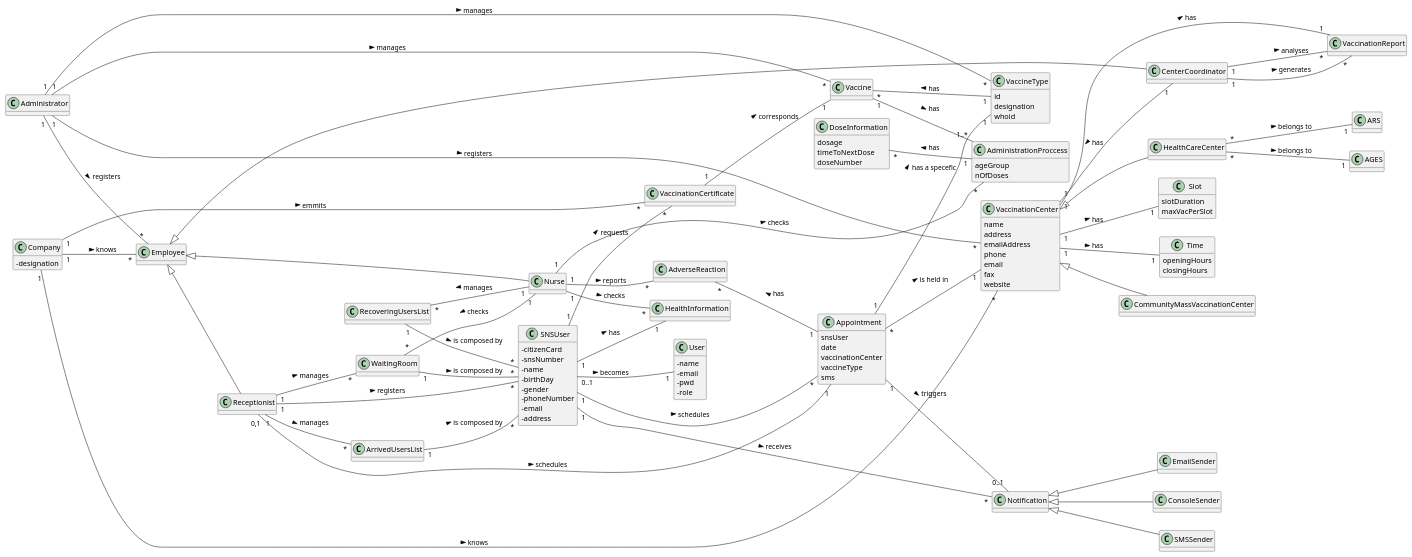
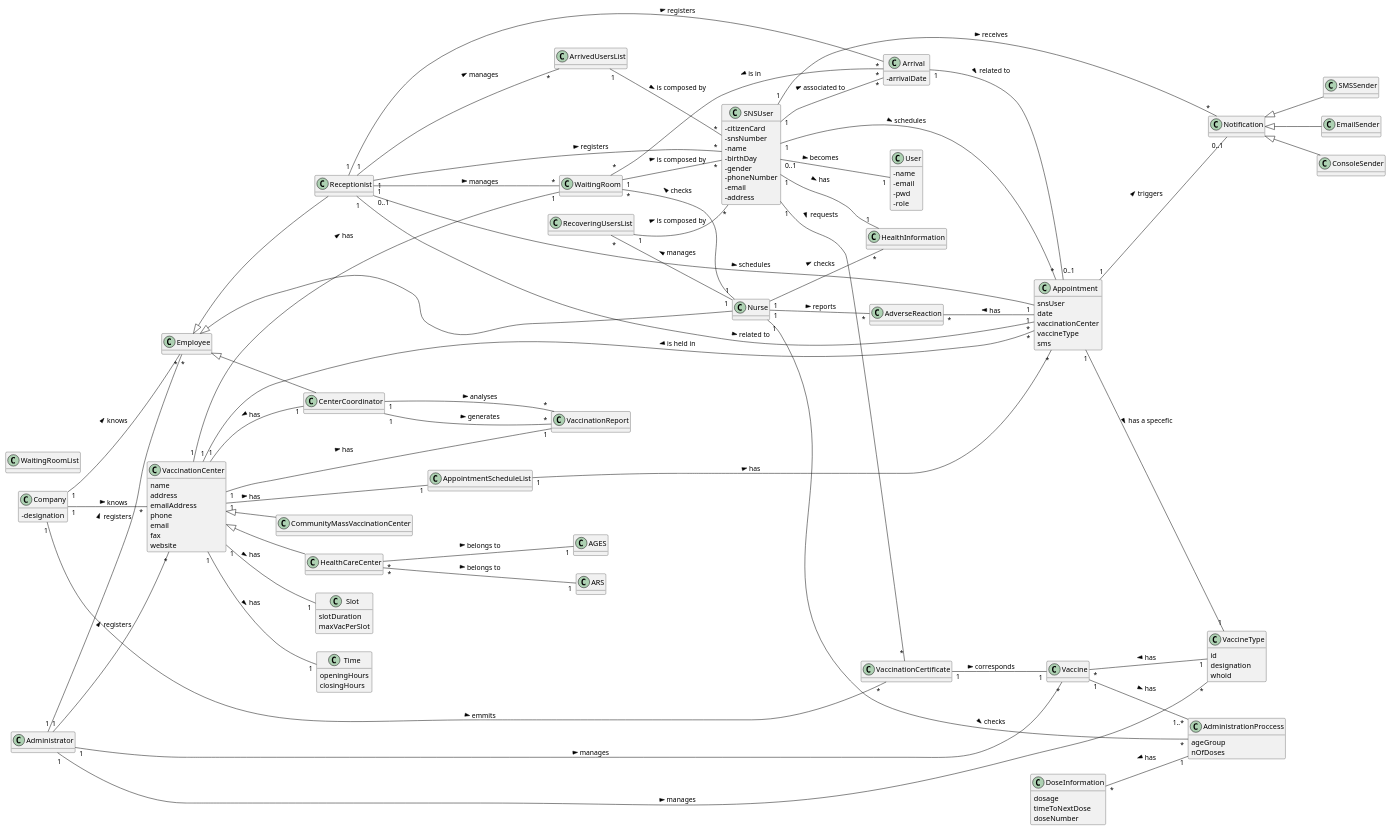
Before and after one commit to miseEnPlace-i/lapr2: the diagram in docs/SprintC/DM.puml, drawn with PlantUML. The commit also changed 1 other file, not shown here.

```diff
--- a/docs/SprintC/DM.puml
+++ b/docs/SprintC/DM.puml
@@ -1,168 +1,188 @@
 @startuml DM
 
 hide methods
 left to right direction
 skinparam classAttributeIconSize 0
 
 class Company {
   - designation
 }
 
 class CommunityMassVaccinationCenter {}
 
 class HealthCareCenter {}
 
 class VaccinationCenter {
   name
   address
   emailAddress
   phone
   email
   fax
   website
 }
 
 class Vaccine {}
 
 class VaccineType {
   id
   designation
   whoid
 }
 
 class SNSUser {
   - citizenCard
   - snsNumber
   - name
   - birthDay
   - gender
   - phoneNumber
   - email
   - address
 }
 
 class User {
   - name
   - email
   - pwd
   - role
 }
 
 class HealthInformation {}
 
 class Administrator {}
 
 class Employee {}
 
 class Nurse {}
 
 class Receptionist {}
 
 class CenterCoordinator {}
 
 class Appointment {
   snsUser
   date
   vaccinationCenter
   vaccineType
   sms
 }
 
 class AdministrationProccess {
   ageGroup
   nOfDoses
 }
 
 class AGES {}
 
 class ARS {}
 
 class DoseInformation {
   dosage
   timeToNextDose
   doseNumber
 }
 
 class Slot {
   slotDuration
   maxVacPerSlot
 }
 
 class Time {
   openingHours
   closingHours
 }
 
 class Notification {}
 
+class Arrival {
+  - arrivalDate
+}
+
+class AppointmentScheduleList {}
+
+class WaitingRoomList {}
+
+
+Arrival "1" -- "0..1" Appointment : related to >
+Arrival "*" -- "*" WaitingRoom : is in >
+
+AppointmentScheduleList "1" -- "*" Appointment : has >
+
 DoseInformation "*" -- "1" AdministrationProccess : has <
 
 Vaccine "*" -- "1" VaccineType : has <
 
 Employee <|-- Nurse
 Employee <|-- Receptionist
 Employee <|-- CenterCoordinator
 
 VaccinationCenter <|-- CommunityMassVaccinationCenter
 VaccinationCenter <|-- HealthCareCenter
 
 VaccinationCenter "1" -- "1" CenterCoordinator : has < 
 VaccinationCenter "1" -- "1" Slot : has >
 VaccinationCenter "1" -- "1" Time : has >
 
 HealthCareCenter "*" -- "1" AGES : belongs to > 
 HealthCareCenter "*" -- "1" ARS : belongs to > 
 
 Appointment "*" -- "1" VaccinationCenter : is held in >
 Appointment "1" -- "1" VaccineType : has a specefic >
 Appointment "1" -- "0..1" Notification : triggers >
 
 Receptionist "1" -- "*" WaitingRoom : manages >
 Receptionist "1" -- "*" ArrivedUsersList : manages >
 Receptionist "1" -- "*" SNSUser : registers >
 
 WaitingRoom "1" -- "*" SNSUser : is composed by >
 ArrivedUsersList "1" -- "*" SNSUser : is composed by > 
 RecoveringUsersList "1" -- "*" SNSUser : is composed by >
 
 WaitingRoom "*" -- "1" Nurse : checks <
 RecoveringUsersList "*" -- "1" Nurse : manages <
 
 Administrator "1" -- "*" Employee : registers >
 Administrator "1" -- "*" VaccinationCenter : registers >
 Administrator "1" -- "*" VaccineType : manages >
 Administrator "1" -- "*" Vaccine : manages > 
 
 Vaccine "1" -- "1..*" AdministrationProccess : has >
 
 SNSUser "1" -- "*" Appointment : schedules >
+SNSUser "1" -- "*" Arrival : associated to >
 SNSUser "1" -- "1" HealthInformation : has >
 SNSUser "1" -- "*" Notification : receives >
 SNSUser "1" -- "*" VaccinationCertificate : requests >
 SNSUser "0..1" -- "1" User : becomes >
 
 
 VaccinationCertificate "1" -- "1" Vaccine : corresponds >
 
 Company "1" -- "*" VaccinationCertificate : emmits >
 Company "1" -- "*" Employee : knows >
 Company "1" -- "*" VaccinationCenter : knows >
 
-Receptionist "0,1" -- "1" Appointment : schedules >
+Receptionist "0..1" -- "1" Appointment : schedules >
+Receptionist "1" -- "*" Appointment : related to >
+Receptionist "1" -- "*" Arrival : registers >
 
 Nurse "1" -- "*" AdverseReaction : reports >
 Nurse "1" -- "*" HealthInformation : checks >
 
 VaccinationCenter "1" -- "1" VaccinationReport : has >
+VaccinationCenter "1" -- "1" WaitingRoom : has >
+VaccinationCenter "1" -- "1" AppointmentScheduleList : has >
+
 CenterCoordinator "1" -- "*" VaccinationReport : analyses >
 CenterCoordinator "1" -- "*" VaccinationReport : generates >
 
 Nurse "1" -- "*" AdministrationProccess : checks >
 
 Notification <|-- SMSSender
 Notification <|-- EmailSender
 Notification <|-- ConsoleSender
 
 AdverseReaction "*" -- "1" Appointment : has <
 
 @enduml
```
